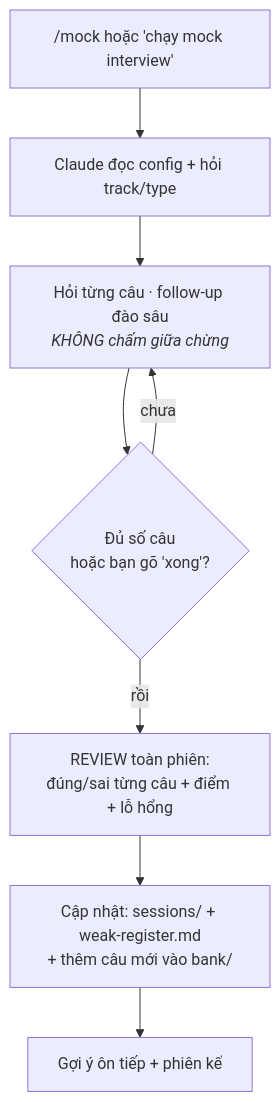
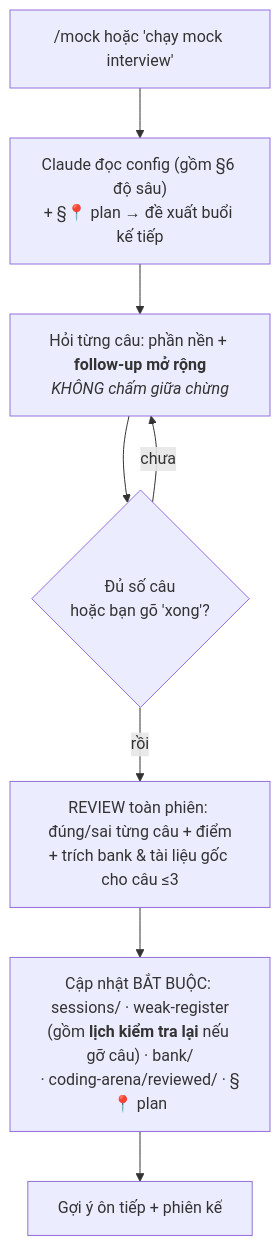
Before and after one commit to gia0901/Embedded-Knowledge: the diagram in 14-prep/mock-interview/README.md, drawn with Mermaid. The commit also changed other lines of this file and 14 other files, not shown here.

````diff
--- a/14-prep/mock-interview/README.md
+++ b/14-prep/mock-interview/README.md
@@ -47,10 +47,10 @@
 ```mermaid
 flowchart TD
-    A["/mock hoặc 'chạy mock interview'"] --> B["Claude đọc config + hỏi track/type"]
-    B --> C["Hỏi từng câu · follow-up đào sâu<br/><i>KHÔNG chấm giữa chừng</i>"]
+    A["/mock hoặc 'chạy mock interview'"] --> B["Claude đọc config (gồm §6 độ sâu)<br/>+ §📍 plan → đề xuất buổi kế tiếp"]
+    B --> C["Hỏi từng câu: phần nền + <b>follow-up mở rộng</b><br/><i>KHÔNG chấm giữa chừng</i>"]
     C --> D{"Đủ số câu<br/>hoặc bạn gõ 'xong'?"}
     D -->|chưa| C
-    D -->|rồi| E["REVIEW toàn phiên:<br/>đúng/sai từng câu + điểm + lỗ hổng"]
-    E --> F["Cập nhật: sessions/ + weak-register.md<br/>+ thêm câu mới vào bank/"]
+    D -->|rồi| E["REVIEW toàn phiên: đúng/sai từng câu + điểm<br/>+ trích bank & tài liệu gốc cho câu ≤3"]
+    E --> F["Cập nhật BẮT BUỘC: sessions/ · weak-register<br/>(gồm <b>lịch kiểm tra lại</b> nếu gỡ câu) · bank/<br/>· coding-arena/reviewed/ · §📍 plan"]
     F --> G["Gợi ý ôn tiếp + phiên kế"]
 ```
````
